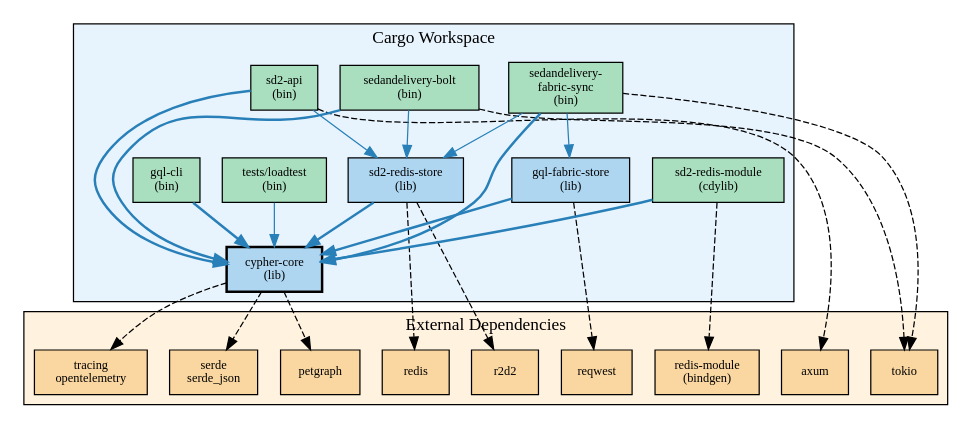
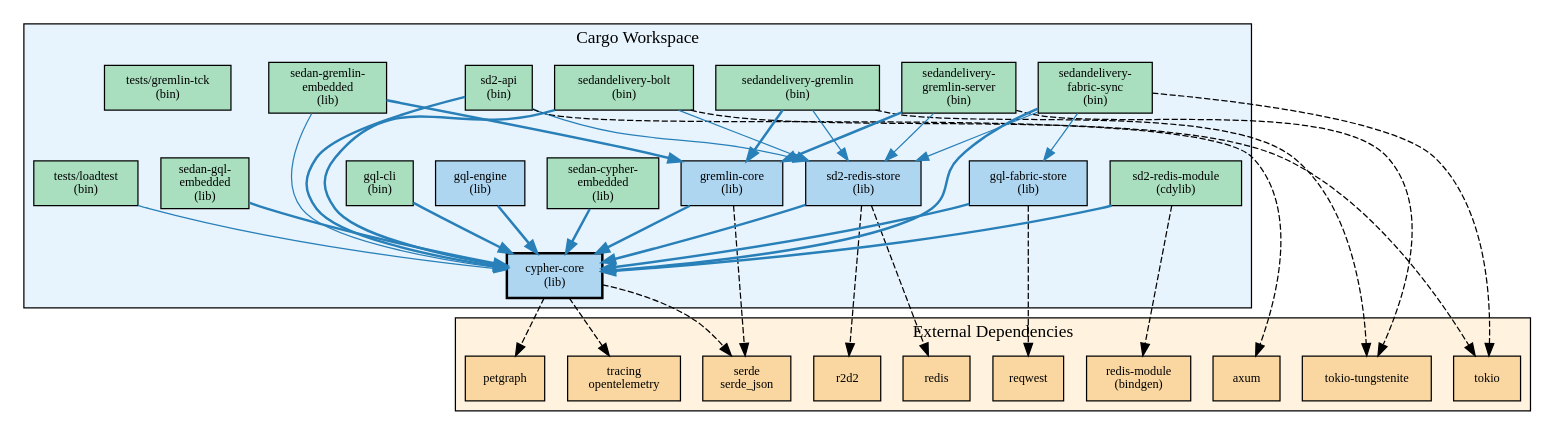
Before and after one commit to rysweet/SedanDelivery: the diagram in docs/atlas/compile-deps/dependencies.dot, drawn with Graphviz. The commit also changed 17 other files, not shown here.

```diff
--- a/docs/atlas/compile-deps/dependencies.dot
+++ b/docs/atlas/compile-deps/dependencies.dot
@@ -1,61 +1,83 @@
 digraph compile_deps {
     rankdir=TD
     node [shape=box style=filled fontsize=10]
     compound=true
 
     subgraph cluster_workspace {
         label="Cargo Workspace"
         style=filled fillcolor="#E8F4FD"
 
         cypher_core [label="cypher-core\n(lib)" fillcolor="#AED6F1" penwidth=2]
+        gremlin_core [label="gremlin-core\n(lib)" fillcolor="#AED6F1"]
+        gql_engine [label="gql-engine\n(lib)" fillcolor="#AED6F1"]
         gql_redis [label="sd2-redis-store\n(lib)" fillcolor="#AED6F1"]
         gql_fabric [label="gql-fabric-store\n(lib)" fillcolor="#AED6F1"]
         sd2_redis_module [label="sd2-redis-module\n(cdylib)" fillcolor="#A9DFBF"]
         sd2_api [label="sd2-api\n(bin)" fillcolor="#A9DFBF"]
         gql_cli [label="gql-cli\n(bin)" fillcolor="#A9DFBF"]
         bolt [label="sedandelivery-bolt\n(bin)" fillcolor="#A9DFBF"]
+        gremlin [label="sedandelivery-gremlin\n(bin)" fillcolor="#A9DFBF"]
+        gremlin_server [label="sedandelivery-\ngremlin-server\n(bin)" fillcolor="#A9DFBF"]
         sync [label="sedandelivery-\nfabric-sync\n(bin)" fillcolor="#A9DFBF"]
+        cypher_embedded [label="sedan-cypher-\nembedded\n(lib)" fillcolor="#A9DFBF"]
+        gql_embedded [label="sedan-gql-\nembedded\n(lib)" fillcolor="#A9DFBF"]
+        gremlin_embedded [label="sedan-gremlin-\nembedded\n(lib)" fillcolor="#A9DFBF"]
         loadtest [label="tests/loadtest\n(bin)" fillcolor="#A9DFBF"]
+        gremlin_tck [label="tests/gremlin-tck\n(bin)" fillcolor="#A9DFBF"]
     }
 
     subgraph cluster_external {
         label="External Dependencies"
         style=filled fillcolor="#FFF3E0"
 
         redis_crate [label="redis" fillcolor="#FAD7A0"]
         r2d2_crate [label="r2d2" fillcolor="#FAD7A0"]
         axum_crate [label="axum" fillcolor="#FAD7A0"]
         tokio_crate [label="tokio" fillcolor="#FAD7A0"]
+        tungstenite_crate [label="tokio-tungstenite" fillcolor="#FAD7A0"]
         reqwest_crate [label="reqwest" fillcolor="#FAD7A0"]
         redis_module_crate [label="redis-module\n(bindgen)" fillcolor="#FAD7A0"]
         petgraph_crate [label="petgraph" fillcolor="#FAD7A0"]
         serde_crate [label="serde\nserde_json" fillcolor="#FAD7A0"]
         tracing_crate [label="tracing\nopentelemetry" fillcolor="#FAD7A0"]
     }
 
     // Internal deps
+    gremlin_core -> cypher_core [color="#2980B9" penwidth=2]
+    gql_engine -> cypher_core [color="#2980B9" penwidth=2]
     gql_redis -> cypher_core [color="#2980B9" penwidth=2]
     gql_fabric -> cypher_core [color="#2980B9" penwidth=2]
     sd2_redis_module -> cypher_core [color="#2980B9" penwidth=2]
     gql_cli -> cypher_core [color="#2980B9" penwidth=2]
     sd2_api -> cypher_core [color="#2980B9" penwidth=2]
     sd2_api -> gql_redis [color="#2980B9"]
     bolt -> cypher_core [color="#2980B9" penwidth=2]
     bolt -> gql_redis [color="#2980B9"]
+    gremlin -> gremlin_core [color="#2980B9" penwidth=2]
+    gremlin -> gql_redis [color="#2980B9"]
+    gremlin_server -> gremlin_core [color="#2980B9" penwidth=2]
+    gremlin_server -> gql_redis [color="#2980B9"]
     sync -> cypher_core [color="#2980B9" penwidth=2]
     sync -> gql_redis [color="#2980B9"]
     sync -> gql_fabric [color="#2980B9"]
+    cypher_embedded -> cypher_core [color="#2980B9" penwidth=2]
+    gql_embedded -> cypher_core [color="#2980B9" penwidth=2]
+    gremlin_embedded -> gremlin_core [color="#2980B9" penwidth=2]
+    gremlin_embedded -> cypher_core [color="#2980B9"]
     loadtest -> cypher_core [color="#2980B9"]
 
     // External deps
     cypher_core -> petgraph_crate [style=dashed color="#888"]
     cypher_core -> serde_crate [style=dashed color="#888"]
     cypher_core -> tracing_crate [style=dashed color="#888"]
+    gremlin_core -> serde_crate [style=dashed color="#888"]
     gql_redis -> redis_crate [style=dashed color="#888"]
     gql_redis -> r2d2_crate [style=dashed color="#888"]
     gql_fabric -> reqwest_crate [style=dashed color="#888"]
     sd2_redis_module -> redis_module_crate [style=dashed color="#888"]
     sd2_api -> axum_crate [style=dashed color="#888"]
     bolt -> tokio_crate [style=dashed color="#888"]
+    gremlin -> tungstenite_crate [style=dashed color="#888"]
+    gremlin_server -> tungstenite_crate [style=dashed color="#888"]
     sync -> tokio_crate [style=dashed color="#888"]
 }
```
